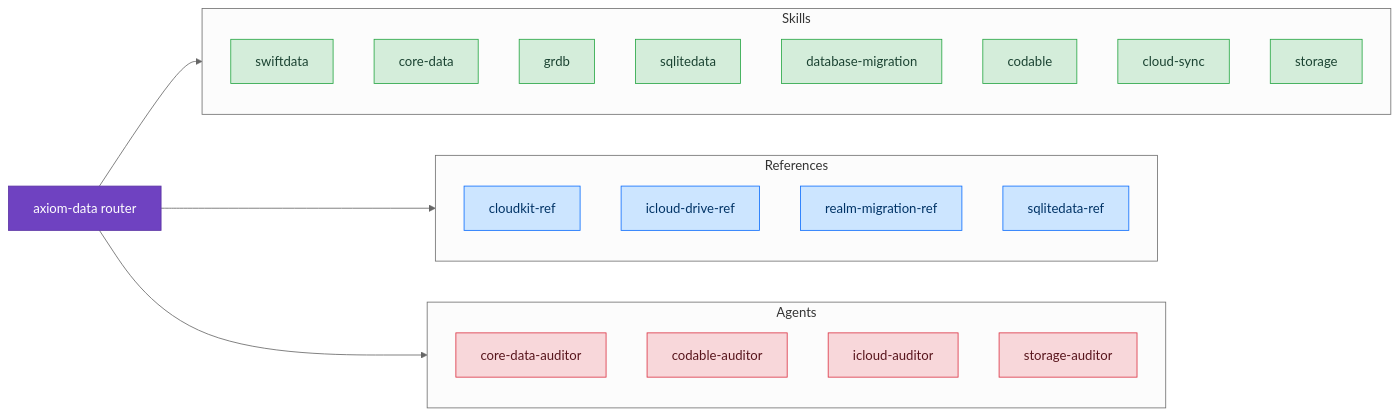
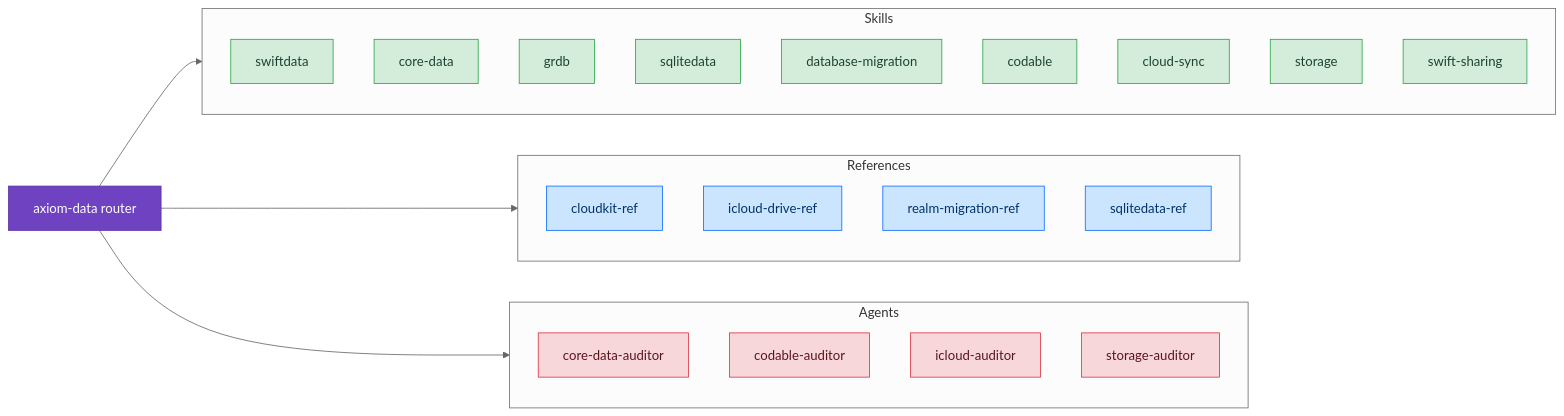
Before and after one commit to CharlesWiltgen/Axiom: the diagram in docs/skills/persistence/index.md, drawn with Mermaid (neutral theme). The commit also changed other lines of this file and 7 other files, not shown here.

First line of the commit message:
feat(axiom-data): refresh SQLiteData and StructuredQueries, add swift-sharing

````diff
--- a/docs/skills/persistence/index.md
+++ b/docs/skills/persistence/index.md
@@ -5,38 +5,39 @@
 ```mermaid
 flowchart LR
     classDef router fill:#6f42c1,stroke:#5a32a3,color:#fff
     classDef discipline fill:#d4edda,stroke:#28a745,color:#1b4332
     classDef reference fill:#cce5ff,stroke:#0d6efd,color:#003366
     classDef diagnostic fill:#fff3cd,stroke:#ffc107,color:#664d03
     classDef agent fill:#f8d7da,stroke:#dc3545,color:#58151c
 
     axiom_data["axiom-data router"]:::router
 
     subgraph skills_d["Skills"]
         swiftdata["swiftdata"]:::discipline
         core_data["core-data"]:::discipline
         grdb["grdb"]:::discipline
         sqlitedata["sqlitedata"]:::discipline
         database_migration["database-migration"]:::discipline
         codable["codable"]:::discipline
         cloud_sync["cloud-sync"]:::discipline
         storage["storage"]:::discipline
+        swift_sharing["swift-sharing"]:::discipline
     end
     axiom_data --> skills_d
 
     subgraph skills_r["References"]
         cloudkit_ref["cloudkit-ref"]:::reference
         icloud_drive_ref["icloud-drive-ref"]:::reference
         realm_migration_ref["realm-migration-ref"]:::reference
         sqlitedata_ref["sqlitedata-ref"]:::reference
     end
     axiom_data --> skills_r
 
     subgraph agents_sg["Agents"]
         agent_cda["core-data-auditor"]:::agent
         agent_cod["codable-auditor"]:::agent
         agent_ic["icloud-auditor"]:::agent
         agent_sa["storage-auditor"]:::agent
     end
     axiom_data --> agents_sg
 ```
````
